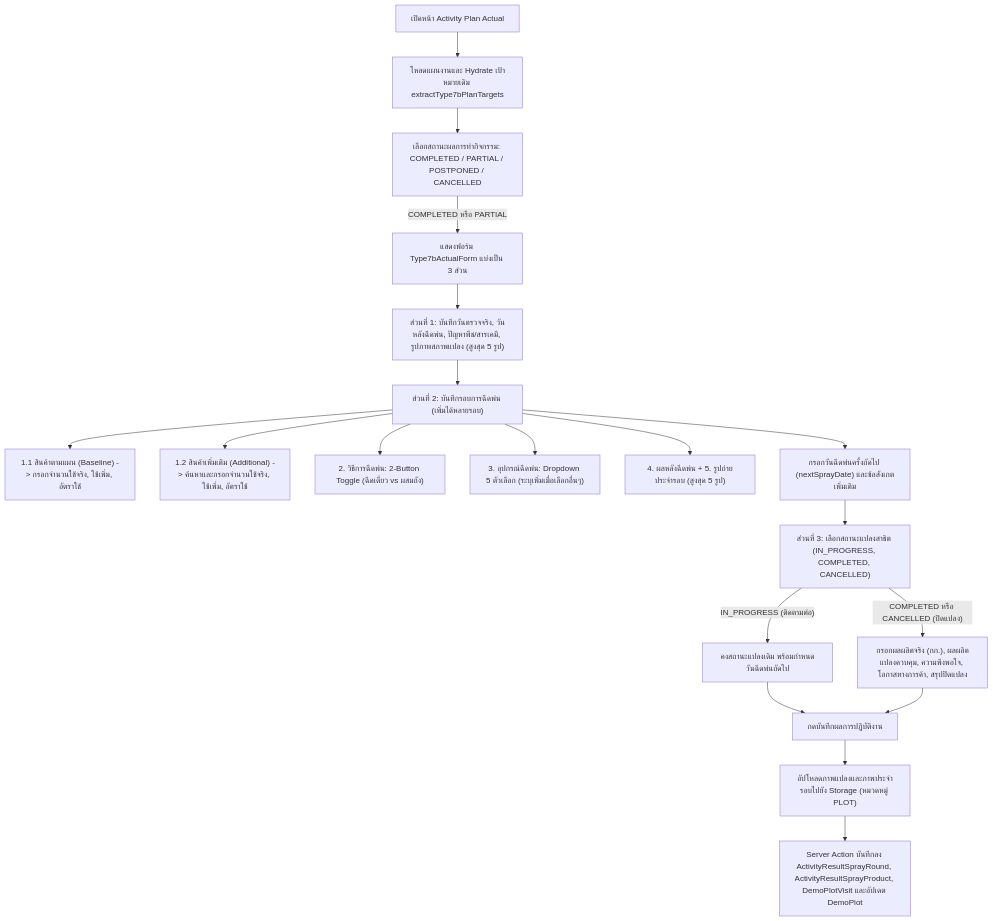
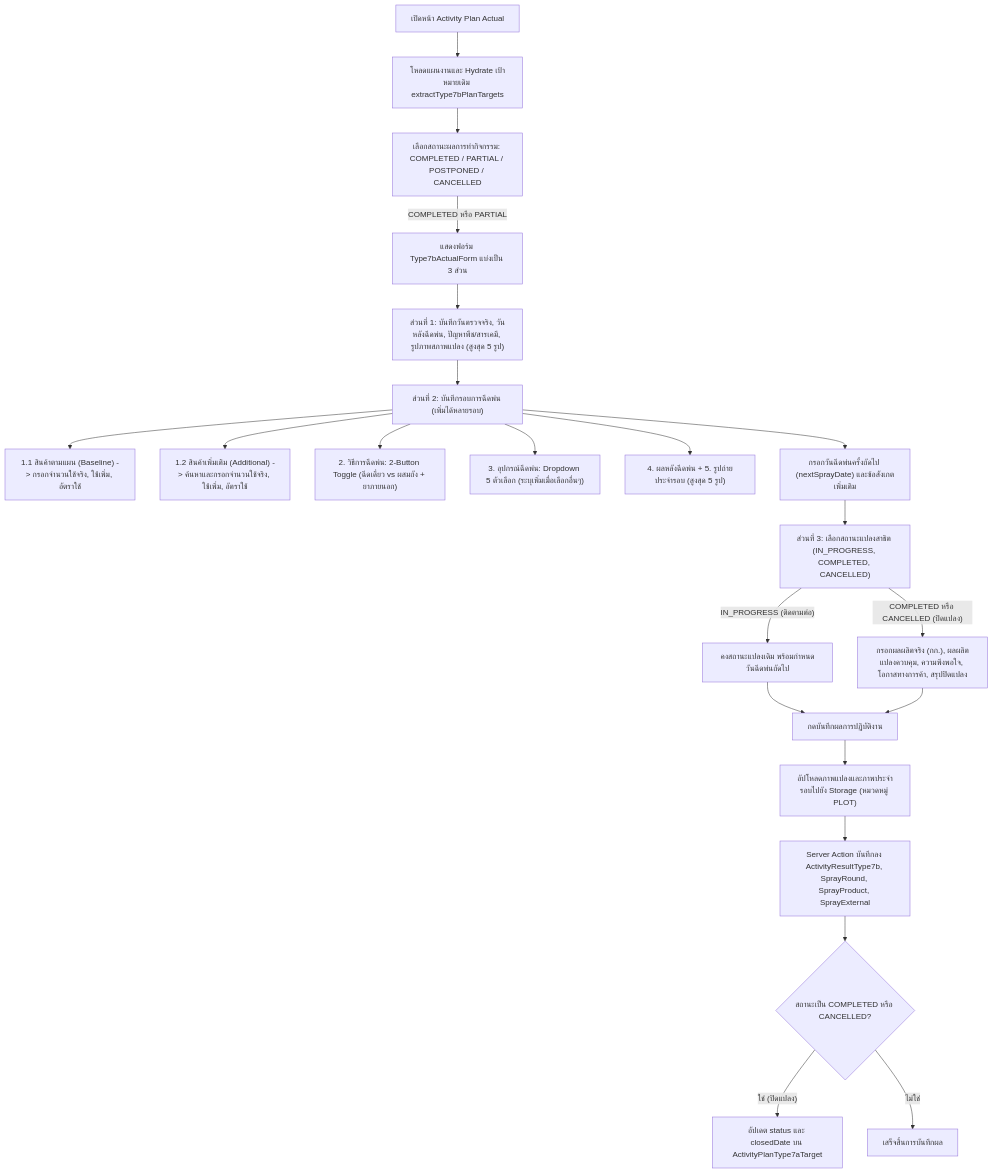
Before and after one commit to bankhk10/crm-bank: the second of 3 diagrams in modules/activity/features/type-7b/README.md, drawn with Mermaid. The commit also changed other lines of this file and 39 other files, not shown here.

````diff
--- a/modules/activity/features/type-7b/README.md
+++ b/modules/activity/features/type-7b/README.md
@@ -89,21 +79,24 @@
 ```mermaid
 graph TD
     A["เปิดหน้า Activity Plan Actual"] --> B["โหลดแผนงานและ Hydrate เป้าหมายเดิม extractType7bPlanTargets"]
     B --> C["เลือกสถานะผลการทำกิจกรรม: COMPLETED / PARTIAL / POSTPONED / CANCELLED"]
     C -->|"COMPLETED หรือ PARTIAL"| D["แสดงฟอร์ม Type7bActualForm แบ่งเป็น 3 ส่วน"]
     D --> E["ส่วนที่ 1: บันทึกวันตรวจจริง, วันหลังฉีดพ่น, ปัญหาพืช/สารเคมี, รูปภาพสภาพแปลง (สูงสุด 5 รูป)"]
     E --> F["ส่วนที่ 2: บันทึกรอบการฉีดพ่น (เพิ่มได้หลายรอบ)"]
     F --> F1["1.1 สินค้าตามแผน (Baseline) -> กรอกจำนวนใช้จริง, ใช้เพิ่ม, อัตราใช้"]
     F --> F2["1.2 สินค้าเพิ่มเติม (Additional) -> ค้นหาและกรอกจำนวนใช้จริง, ใช้เพิ่ม, อัตราใช้"]
-    F --> F3["2. วิธีการฉีดพ่น: 2-Button Toggle (ฉีดเดี่ยว vs ผสมถัง)"]
+    F --> F3["2. วิธีการฉีดพ่น: 2-Button Toggle (ฉีดเดี่ยว vs ผสมถัง + ยาภายนอก)"]
     F --> F4["3. อุปกรณ์ฉีดพ่น: Dropdown 5 ตัวเลือก (ระบุเพิ่มเมื่อเลือกอื่นๆ)"]
     F --> F5["4. ผลหลังฉีดพ่น + 5. รูปถ่ายประจำรอบ (สูงสุด 5 รูป)"]
     F --> G["กรอกวันฉีดพ่นครั้งถัดไป (nextSprayDate) และข้อสังเกตเพิ่มเติม"]
     G --> H["ส่วนที่ 3: เลือกสถานะแปลงสาธิต (IN_PROGRESS, COMPLETED, CANCELLED)"]
     H -->|"IN_PROGRESS (ติดตามต่อ)"| I["คงสถานะแปลงเดิม พร้อมกำหนดวันฉีดพ่นถัดไป"]
     H -->|"COMPLETED หรือ CANCELLED (ปิดแปลง)"| J["กรอกผลผลิตจริง (กก.), ผลผลิตแปลงควบคุม, ความพึงพอใจ, โอกาสทางการค้า, สรุปปิดแปลง"]
     I --> K["กดบันทึกผลการปฏิบัติงาน"]
     J --> K
     K --> L["อัปโหลดภาพแปลงและภาพประจำรอบไปยัง Storage (หมวดหมู่ PLOT)"]
-    L --> M["Server Action บันทึกลง ActivityResultSprayRound, ActivityResultSprayProduct, DemoPlotVisit และอัปเดต DemoPlot"]
+    L --> M["Server Action บันทึกลง ActivityResultType7b, SprayRound, SprayProduct, SprayExternal"]
+    M --> N{"สถานะเป็น COMPLETED หรือ CANCELLED?"}
+    N -->|"ใช่ (ปิดแปลง)"| O["อัปเดต status และ closedDate บน ActivityPlanType7aTarget"]
+    N -->|"ไม่ใช่"| P["เสร็จสิ้นการบันทึกผล"]
 ```
````
